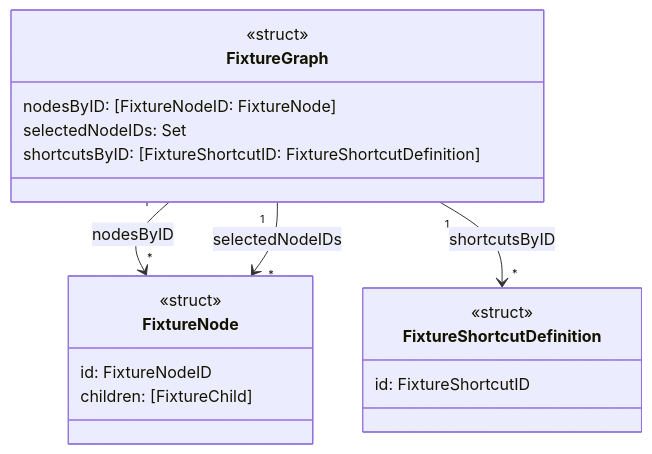
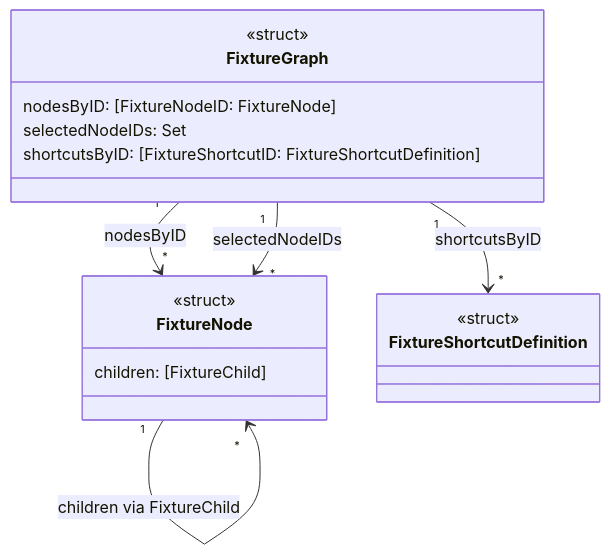
One commit to kazuhideoki/hotkey-canvas changed the diagram in tools/domain-docs/fixtures/basic/expected/graph.md. Above: the diagram before and after it, drawn with Mermaid. The commit also changed other lines of this file and 21 other files, not shown here.

````diff
--- a/tools/domain-docs/fixtures/basic/expected/graph.md
+++ b/tools/domain-docs/fixtures/basic/expected/graph.md
@@ -8,21 +8,20 @@
 ```mermaid
 classDiagram
 class FixtureGraph {
   <<struct>>
   nodesByID: [FixtureNodeID: FixtureNode]
   selectedNodeIDs: Set<FixtureNodeID>
   shortcutsByID: [FixtureShortcutID: FixtureShortcutDefinition]
 }
 class FixtureNode {
   <<struct>>
-  id: FixtureNodeID
   children: [FixtureChild]
 }
 class FixtureShortcutDefinition {
   <<struct>>
-  id: FixtureShortcutID
 }
 FixtureGraph "1" --> "*" FixtureNode : nodesByID
 FixtureGraph "1" --> "*" FixtureNode : selectedNodeIDs
 FixtureGraph "1" --> "*" FixtureShortcutDefinition : shortcutsByID
+FixtureNode "1" --> "*" FixtureNode : children via FixtureChild
 ```
````
